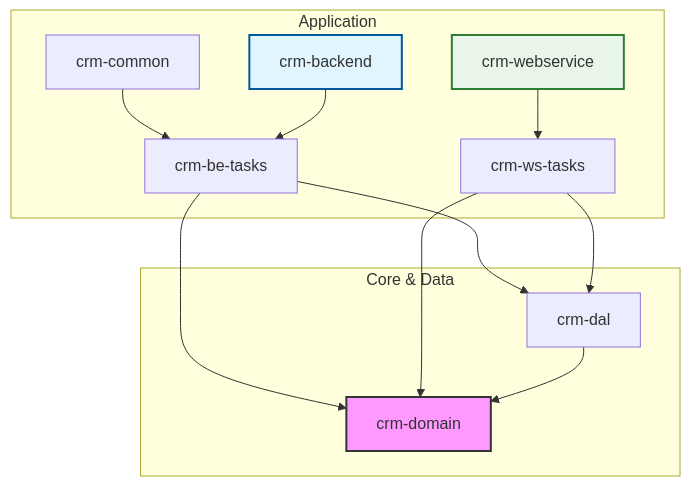
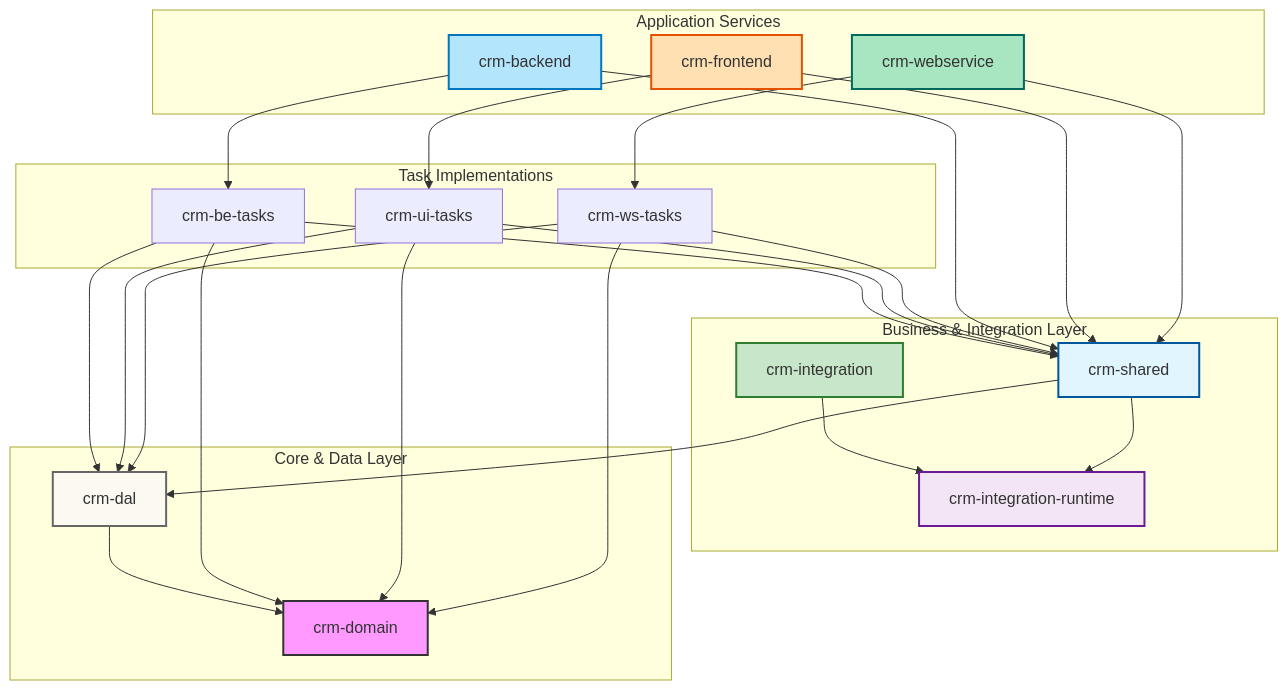
The diagram in README.md (iwozere/crm-1), drawn with Mermaid before and after one commit. The commit also changed other lines of this file and 29 other files, not shown here.

````diff
--- a/README.md
+++ b/README.md
@@ -63,20 +94,57 @@
 ```mermaid
 graph TD
-    subgraph "Application"
-        Service[crm-common] --> Tasks[crm-be-tasks]
-        Backend[crm-backend] --> Tasks
-        WebService[crm-webservice] --> WSTasks[crm-ws-tasks]
+    subgraph "Application Services"
+        WS[crm-webservice]
+        FE[crm-frontend]
+        Backend[crm-backend]
     end
 
-    subgraph "Core & Data"
-        Tasks --> Domain[crm-domain]
-        Tasks --> DAL[crm-dal]
-        WSTasks --> Domain
-        WSTasks --> DAL
-        DAL --> Domain
+    subgraph "Task Implementations"
+        WSTasks[crm-ws-tasks]
+        UITasks[crm-ui-tasks]
+        BETasks[crm-be-tasks]
     end
 
+    subgraph "Business & Integration Layer"
+        Shared[crm-shared]
+        Integration[crm-integration]
+        IntegrationRuntime[crm-integration-runtime]
+    end
+
+    subgraph "Core & Data Layer"
+        Domain[crm-domain]
+        DAL[crm-dal]
+    end
+
+    WS --> WSTasks
+    WS --> Shared
+    FE --> UITasks
+    FE --> Shared
+    Backend --> BETasks
+    Backend --> Shared
+
+    WSTasks --> Shared
+    UITasks --> Shared
+    BETasks --> Shared
+
+    Shared --> DAL
+    Shared --> IntegrationRuntime
+    Integration --> IntegrationRuntime
+
+    WSTasks --> Domain
+    WSTasks --> DAL
+    UITasks --> Domain
+    UITasks --> DAL
+    BETasks --> Domain
+    BETasks --> DAL
+    DAL --> Domain
+
     style Domain fill:#f9f,stroke:#333,stroke-width:2px
-    style Backend fill:#e1f5fe,stroke:#01579b,stroke-width:2px
-    style WebService fill:#e8f5e8,stroke:#2e7d32,stroke-width:2px
+    style DAL fill:#fbf9f0,stroke:#666,stroke-width:2px
+    style Shared fill:#e1f5fe,stroke:#01579b,stroke-width:2px
+    style IntegrationRuntime fill:#f3e5f5,stroke:#6a1b9a,stroke-width:2px
+    style Integration fill:#c8e6c9,stroke:#2e7d32,stroke-width:2px
+    style Backend fill:#b3e5fc,stroke:#0277bd,stroke-width:2px
+    style WS fill:#a8e6c1,stroke:#00695c,stroke-width:2px
+    style FE fill:#ffe0b2,stroke:#e65100,stroke-width:2px
 ```
````
